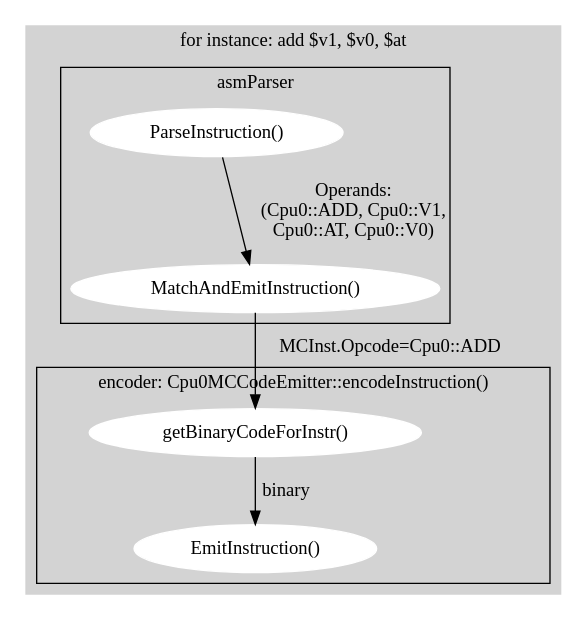
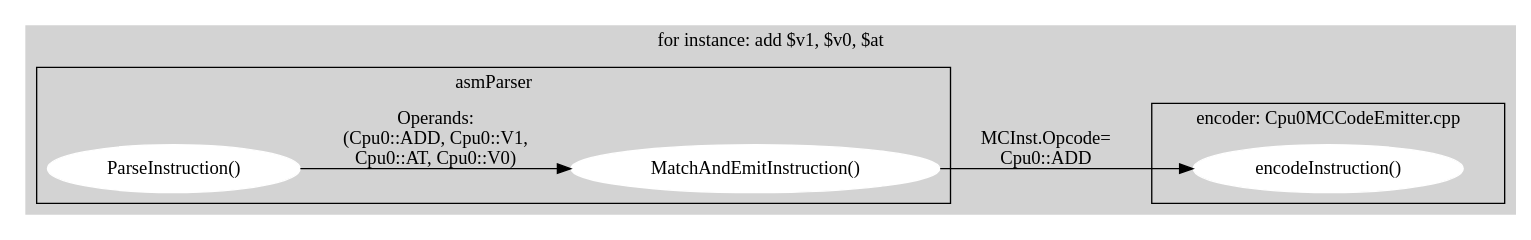
The diagram in Fig/asm/asmDfdEx.gv (Jonathan2251/lbd), drawn with Graphviz before and after one commit. The commit also changed 3 other files, not shown here.

```diff
--- a/Fig/asm/asmDfdEx.gv
+++ b/Fig/asm/asmDfdEx.gv
@@ -1,24 +1,22 @@
 // Free usage license, author: Chung-Shu Chen 陳鍾樞
 // dot -Tpng asmDfdEx.gv -oasmDfdEx.png
 
 digraph G {
-  rankdir=TB;
+  rankdir=LR;
   subgraph cluster_2 {
     style=filled;
     label = "for instance: add $v1, $v0, $at";
     subgraph clusterA {
-    label = "asmParser";
+      label = "asmParser";
       node [style=filled,color=white]; ParseInstruction [label="ParseInstruction()"];
       node [style=filled,color=white]; MatchAndEmitInstruction [label="MatchAndEmitInstruction()"];
       ParseInstruction -> MatchAndEmitInstruction [ label = "Operands:\n (Cpu0::ADD, Cpu0::V1,\n Cpu0::AT, Cpu0::V0)" ];
     }
     subgraph clusterB {
-    label = "encoder: Cpu0MCCodeEmitter::encodeInstruction()";
-      node [style=filled,color=white]; getBinaryCodeForInstr [label="getBinaryCodeForInstr()"];
-      node [style=filled,color=white]; EmitInstruction [label="EmitInstruction()"];
-      getBinaryCodeForInstr -> EmitInstruction [ label = "binary" ];
+      label = "encoder: Cpu0MCCodeEmitter.cpp";
+      node [style=filled,color=white]; encodeInstruction [label="encodeInstruction()"];
     }
-    MatchAndEmitInstruction -> getBinaryCodeForInstr [ label = "MCInst.Opcode=Cpu0::ADD" ];
+    MatchAndEmitInstruction -> encodeInstruction [ label = "MCInst.Opcode=\nCpu0::ADD" ];
     color=lightgrey
   }
 }
```
